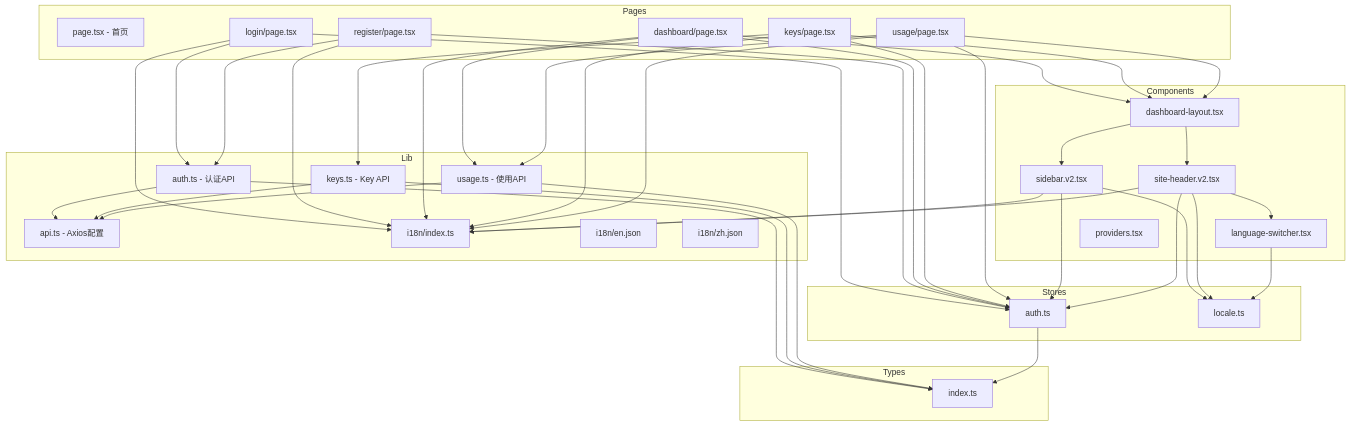
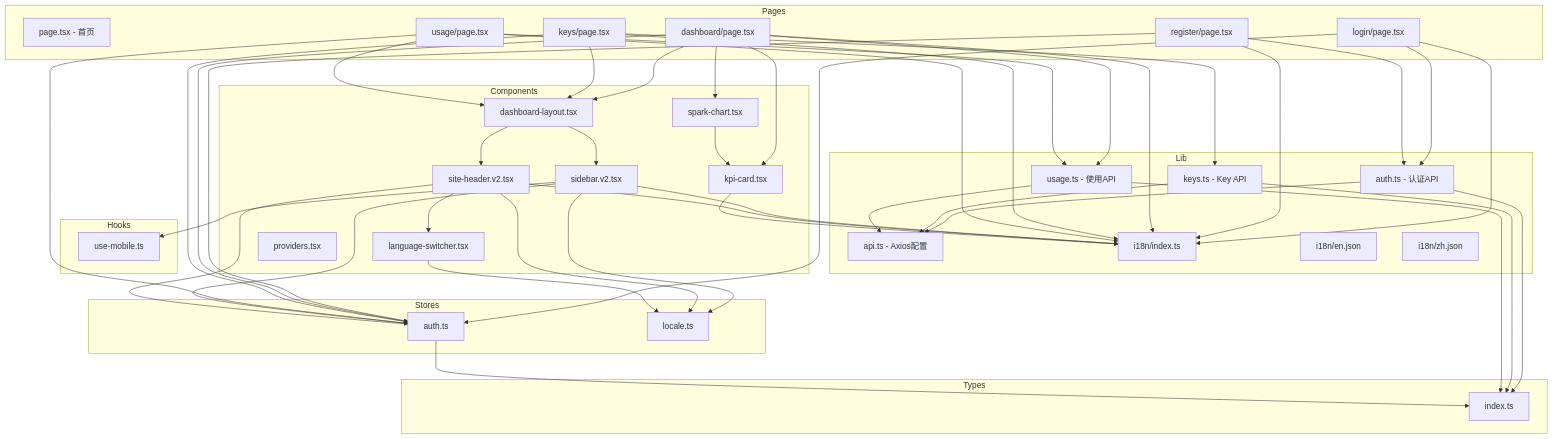
One commit to Zekiwest/sub2api-web changed the diagram in PROJECT_INDEX.md. Above: the diagram before and after it, drawn with Mermaid. The commit also changed other lines of this file and 25 other files, not shown here.

First line of the commit message:
feat(dashboard): Add Tremor-style KPI cards and charts

```diff
--- a/PROJECT_INDEX.md
+++ b/PROJECT_INDEX.md
@@ -66,6 +67,12 @@
         C3[site-header.v2.tsx]
         C4[language-switcher.tsx]
         C5[providers.tsx]
+        C6[kpi-card.tsx]
+        C7[spark-chart.tsx]
+    end
+
+    subgraph Hooks
+        H1[use-mobile.ts]
     end
 
     subgraph Stores
@@ -94,6 +101,8 @@
     P3 --> L1
     P3 --> L5
     P4 --> C2
+    P4 --> C6
+    P4 --> C7
     P4 --> S1
     P4 --> L3
     P4 --> L5
@@ -111,11 +120,14 @@
     C1 --> S1
     C1 --> S2
     C1 --> L5
+    C1 --> H1
     C3 --> S1
     C3 --> S2
     C3 --> L5
     C3 --> C4
     C4 --> S2
+    C6 --> L5
+    C7 --> C6
 
     L1 --> L4
     L2 --> L4
```
